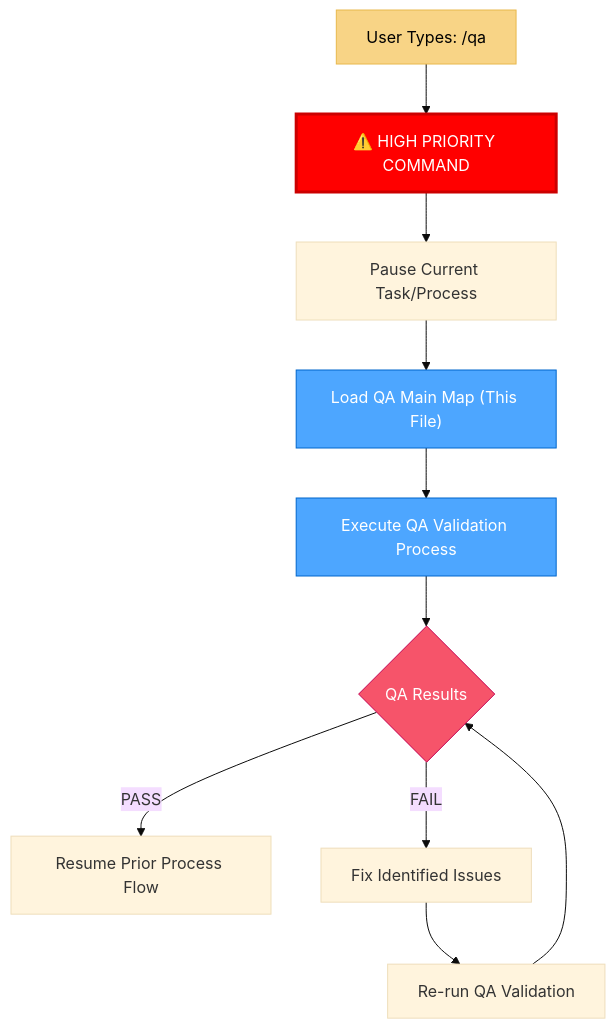
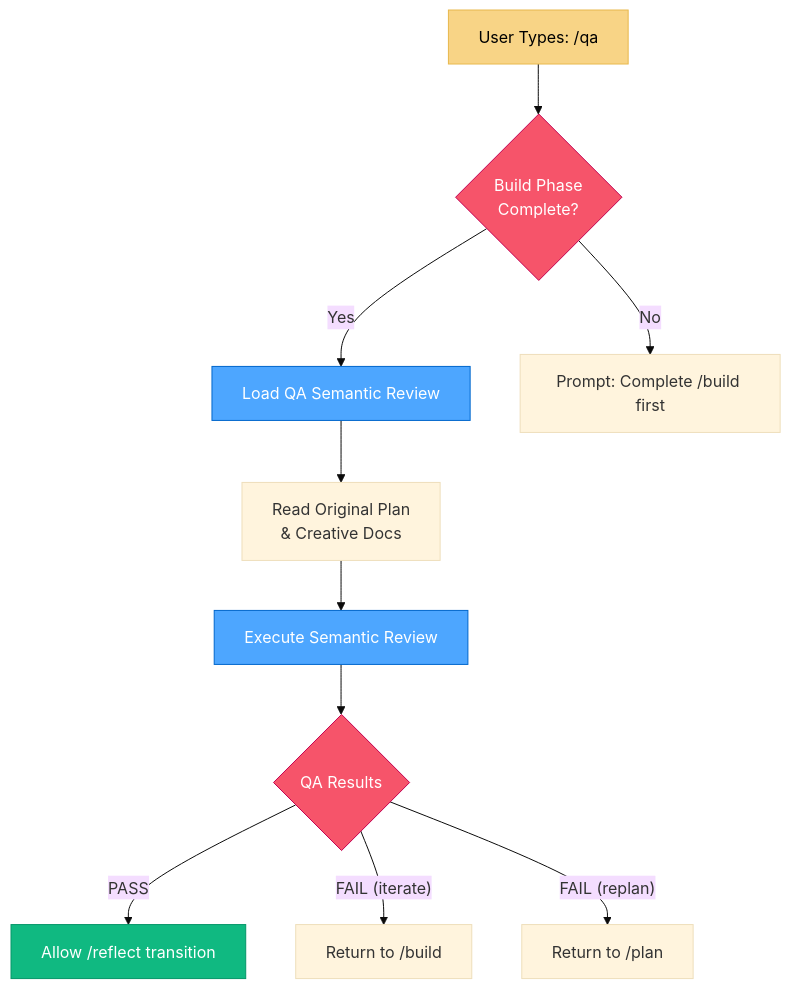
One commit to Texarkanine/.cursor-rules changed the first of 2 diagrams in rulesets/niko/niko/visual-maps/van_mode_split/van-qa-main.mdc. Above: the diagram before and after it, drawn with Mermaid (base theme). The commit also changed other lines of this file and 22 other files, not shown here.

````diff
--- a/rulesets/niko/niko/visual-maps/van_mode_split/van-qa-main.mdc
+++ b/rulesets/niko/niko/visual-maps/van_mode_split/van-qa-main.mdc
@@ -24,19 +14,20 @@
 ```mermaid
 graph TD
-    UserQA["User Types: /qa"] --> HighPriority["⚠️ HIGH PRIORITY COMMAND"]
-    HighPriority --> CurrentTask["Pause Current Task/Process"]
-    CurrentTask --> LoadQA["Load QA Main Map (This File)"]
-    LoadQA --> RunQA["Execute QA Validation Process"]
-    RunQA --> QAResults{"QA Results"}
-    
-    QAResults -->|"PASS"| ResumeFlow["Resume Prior Process Flow"]
-    QAResults -->|"FAIL"| FixIssues["Fix Identified Issues"]
-    FixIssues --> ReRunQA["Re-run QA Validation"]
-    ReRunQA --> QAResults
-    
+    UserQA["User Types: /qa"] --> CheckBuild{"Build Phase<br>Complete?"}
+    CheckBuild -->|"Yes"| LoadQA["Load QA Semantic Review"]
+    CheckBuild -->|"No"| PromptBuild["Prompt: Complete /build first"]
+    LoadQA --> ReadBaseline["Read Original Plan<br>& Creative Docs"]
+    ReadBaseline --> RunReview["Execute Semantic Review"]
+    RunReview --> QAResults{"QA Results"}
+
+    QAResults -->|"PASS"| AllowReflect["Allow /reflect transition"]
+    QAResults -->|"FAIL (iterate)"| ReturnBuild["Return to /build"]
+    QAResults -->|"FAIL (replan)"| ReturnPlan["Return to /plan"]
+
     style UserQA fill:#f8d486,stroke:#e8b84d,color:black
-    style HighPriority fill:#ff0000,stroke:#cc0000,color:white,stroke-width:3px
+    style CheckBuild fill:#f6546a,stroke:#c30052,color:white
     style LoadQA fill:#4da6ff,stroke:#0066cc,color:white
-    style RunQA fill:#4da6ff,stroke:#0066cc,color:white
+    style RunReview fill:#4da6ff,stroke:#0066cc,color:white
     style QAResults fill:#f6546a,stroke:#c30052,color:white
+    style AllowReflect fill:#10b981,stroke:#059669,color:white
 ```
````
